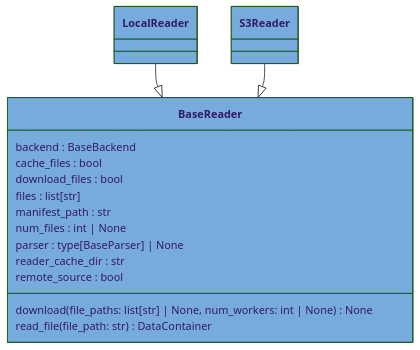
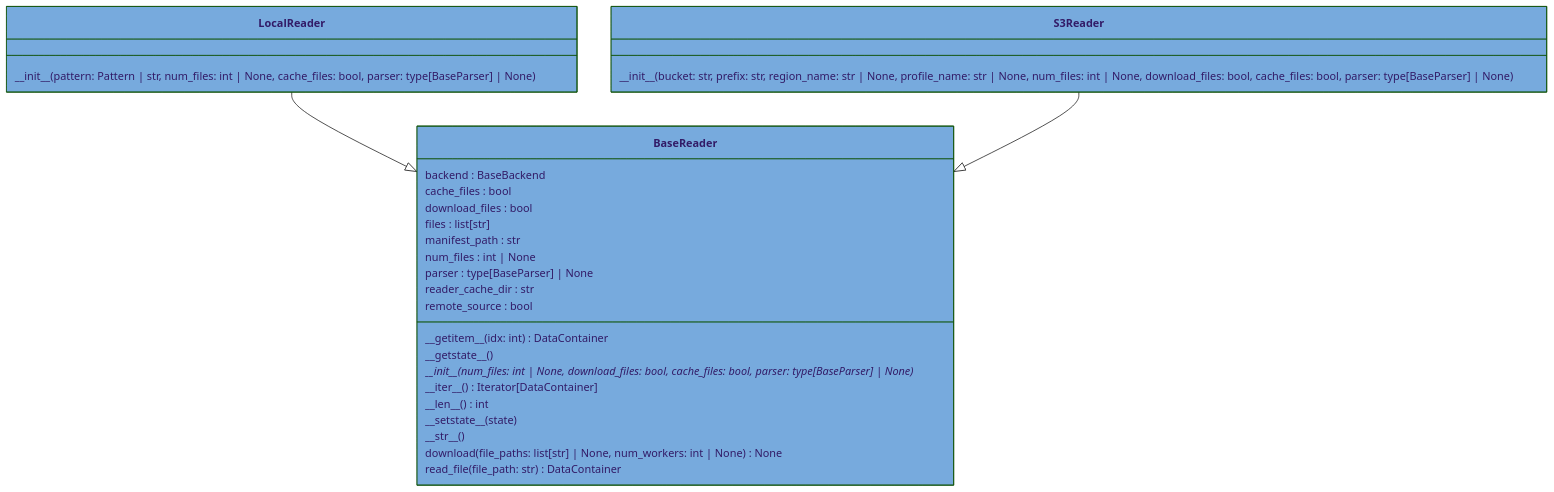
Before and after one commit to voidsy-gmbh/pyThermoNDT: the diagram in docs/pyreverse/mermaid/classes_pythermondt.readers.mmd, drawn with Mermaid (forest theme). The commit also changed 14 other files, not shown here.

First line of the commit message:
Update diagrams (#139)

```diff
--- a/docs/pyreverse/mermaid/classes_pythermondt.readers.mmd
+++ b/docs/pyreverse/mermaid/classes_pythermondt.readers.mmd
@@ -1,23 +1,32 @@
 classDiagram
   class BaseReader {
     backend : BaseBackend
     cache_files : bool
     download_files : bool
     files : list[str]
     manifest_path : str
     num_files : int | None
     parser : type[BaseParser] | None
     reader_cache_dir : str
     remote_source : bool
+    \_\_getitem\_\_(idx: int) DataContainer
+    \_\_getstate\_\_()
+    \_\_init\_\_(num_files: int | None, download_files: bool, cache_files: bool, parser: type[BaseParser] | None)*
+    \_\_iter\_\_() Iterator[DataContainer]
+    \_\_len\_\_() int
+    \_\_setstate\_\_(state)
+    \_\_str\_\_()
     download(file_paths: list[str] | None, num_workers: int | None) None
     read_file(file_path: str) DataContainer
   }
   style BaseReader fill:#77AADD
   class LocalReader {
+    \_\_init\_\_(pattern: Pattern | str, num_files: int | None, cache_files: bool, parser: type[BaseParser] | None)
   }
   style LocalReader fill:#77AADD
   class S3Reader {
+    \_\_init\_\_(bucket: str, prefix: str, region_name: str | None, profile_name: str | None, num_files: int | None, download_files: bool, cache_files: bool, parser: type[BaseParser] | None)
   }
   style S3Reader fill:#77AADD
   LocalReader --|> BaseReader
   S3Reader --|> BaseReader
```
